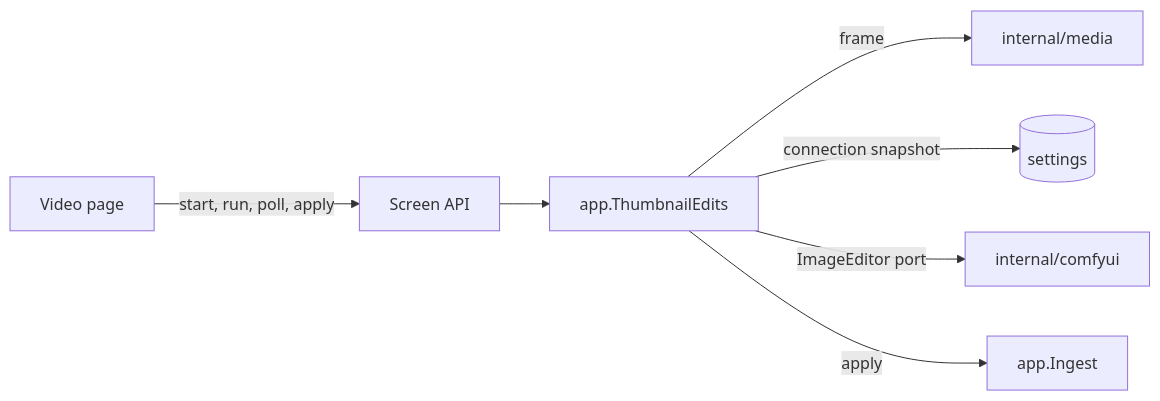
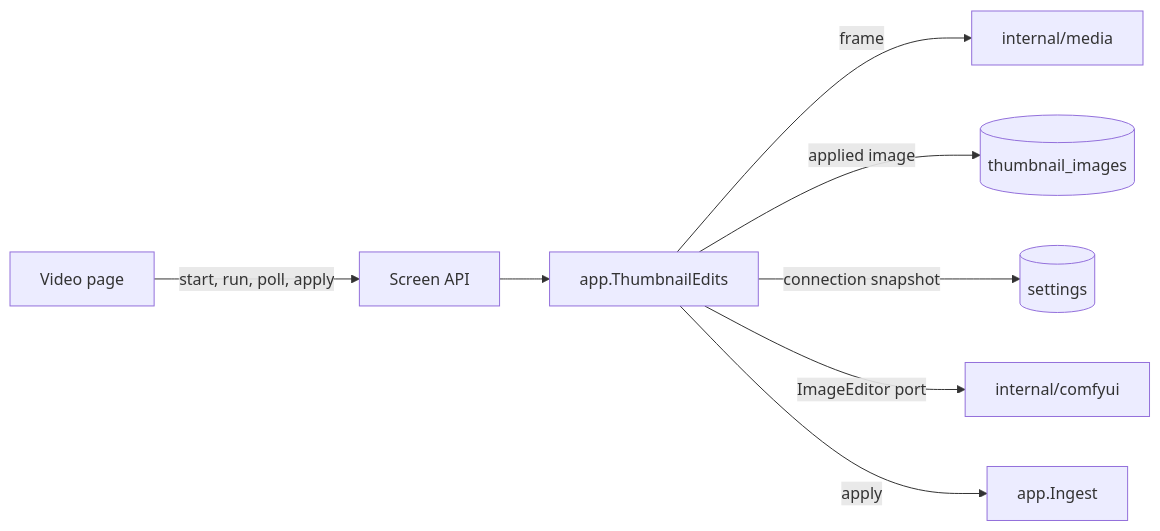
The first of 2 diagrams in docs/design-docs/thumbnail-editing.md (syudead/vv), drawn with Mermaid before and after one commit. The commit also changed other lines of this file and 21 other files, not shown here.

````diff
--- a/docs/design-docs/thumbnail-editing.md
+++ b/docs/design-docs/thumbnail-editing.md
@@ -10,9 +11,10 @@
 ```mermaid
 flowchart LR
   page[Video page] -->|start, run, poll, apply| api[Screen API]
   api --> edits[app.ThumbnailEdits]
   edits -->|frame| media[internal/media]
+  edits -->|applied image| images[(thumbnail_images)]
   edits -->|connection snapshot| settings[(settings)]
   edits -->|ImageEditor port| comfy[internal/comfyui]
   edits -->|apply| ingest[app.Ingest]
 ```
````
